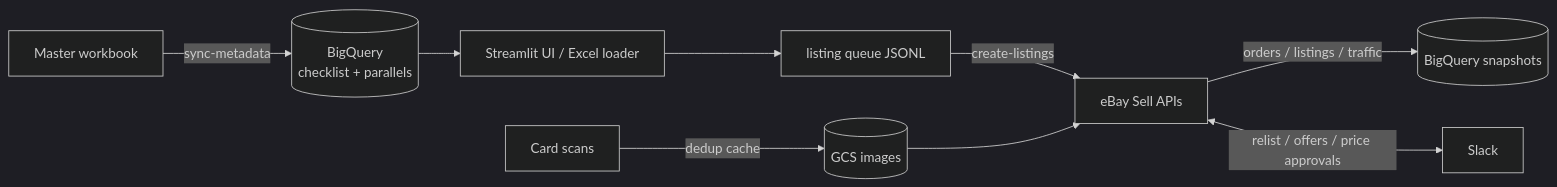
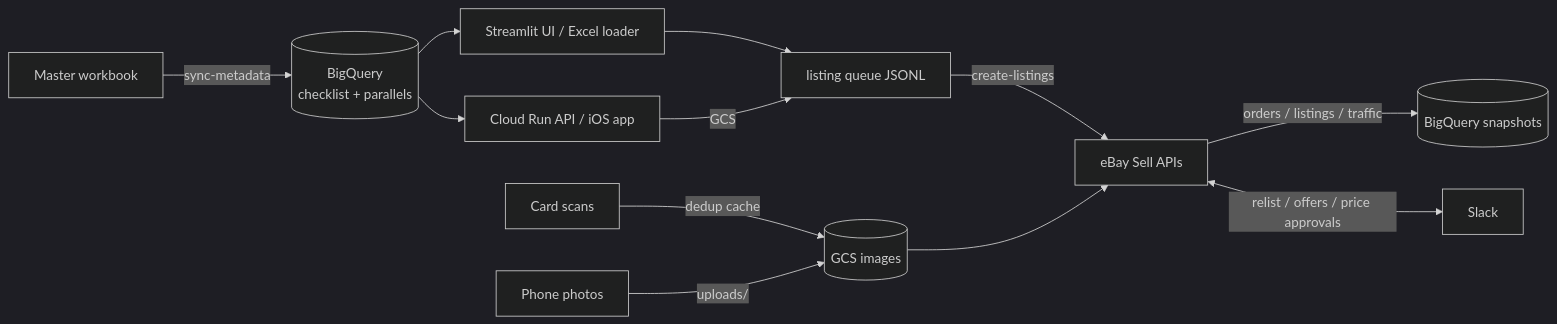
One commit to coperyan/shoebox changed the diagram in README.md. Above: the diagram before and after it, drawn with Mermaid (dark theme). The commit also changed other lines of this file and 81 other files, not shown here.

First line of the commit message:
iOS listing-queue app, its Cloud Run API, and app-triggered create-listings with scans from OneDrive (#26)

````diff
--- a/README.md
+++ b/README.md
@@ -52,11 +52,14 @@
 ```mermaid
 flowchart LR
     XLSM[Master workbook] -->|sync-metadata| BQ[(BigQuery\nchecklist + parallels)]
     BQ --> UI[Streamlit UI / Excel loader]
+    BQ --> API[Cloud Run API / iOS app]
     UI --> Q[listing queue JSONL]
+    API -->|GCS| Q
     SCANS[Card scans] -->|dedup cache| GCS[(GCS images)]
+    PHONE[Phone photos] -->|uploads/| GCS
     Q -->|create-listings| EBAY[eBay Sell APIs]
     GCS --> EBAY
     EBAY -->|orders / listings / traffic| BQ2[(BigQuery snapshots)]
     EBAY <-->|relist / offers / price approvals| SLACK[Slack]
 ```
````
